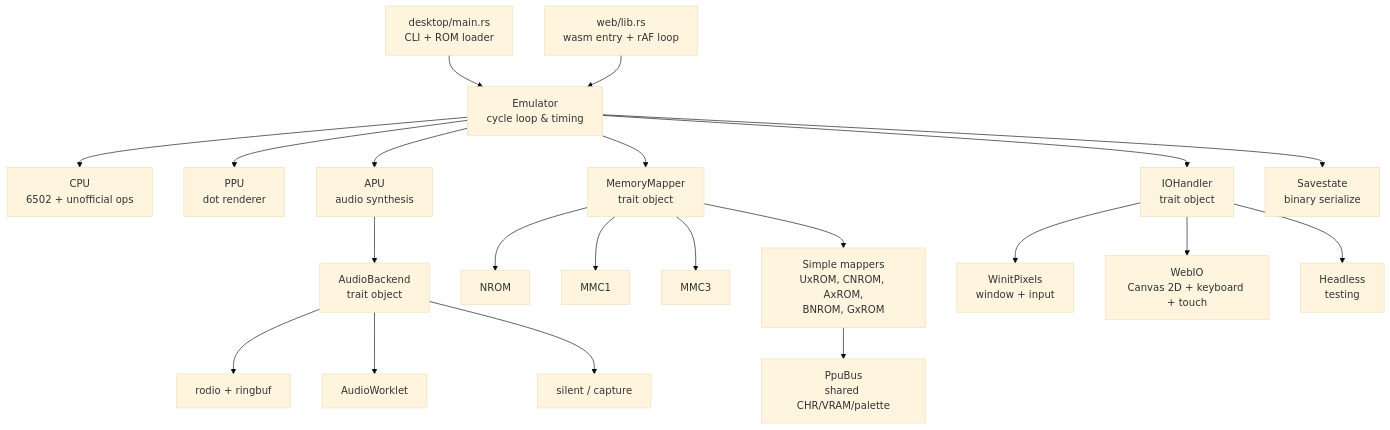
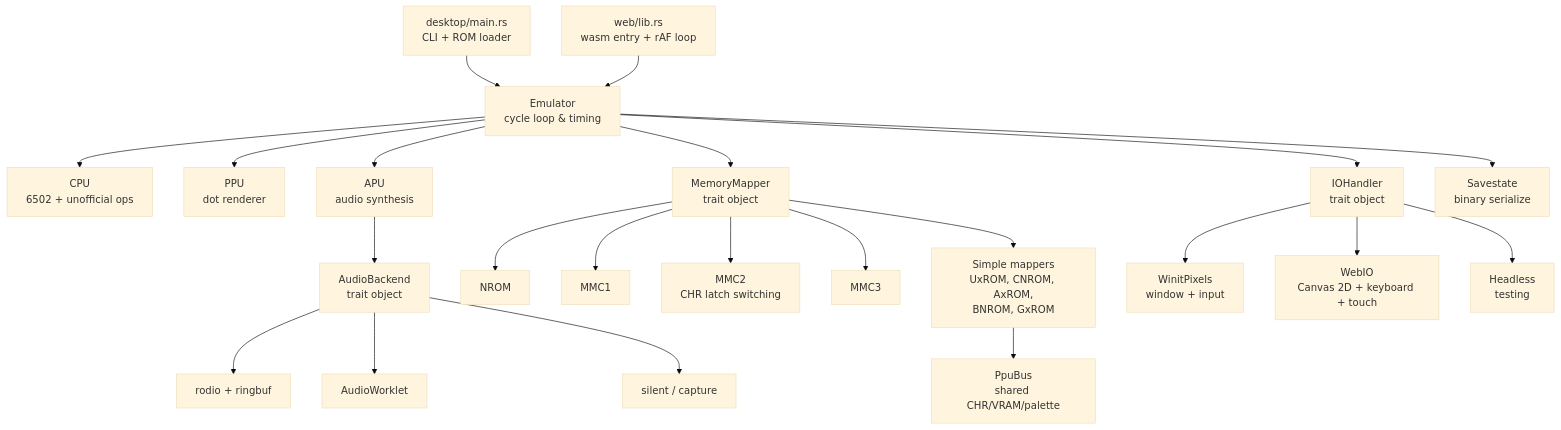
One commit to aastrand/krankulator changed the diagram in README.md. Above: the diagram before and after it, drawn with Mermaid (base theme). The commit also changed other lines of this file and 5 other files, not shown here.

````diff
--- a/README.md
+++ b/README.md
@@ -31,28 +31,29 @@
 ```mermaid
 graph TD
     Main["desktop/main.rs<br/>CLI + ROM loader"] --> Emu["Emulator<br/>cycle loop & timing"]
     Web["web/lib.rs<br/>wasm entry + rAF loop"] --> Emu
 
     Emu --> CPU["CPU<br/>6502 + unofficial ops"]
     Emu --> PPU["PPU<br/>dot renderer"]
     Emu --> APU["APU<br/>audio synthesis"]
     Emu --> Mem["MemoryMapper<br/>trait object"]
 
     Mem --> NROM
     Mem --> MMC1
+    Mem --> MMC2["MMC2<br/>CHR latch switching"]
     Mem --> MMC3
     Mem --> Simple["Simple mappers<br/>UxROM, CNROM, AxROM,<br/>BNROM, GxROM"]
     Simple --> PpuBus["PpuBus<br/>shared CHR/VRAM/palette"]
 
     Emu --> IO["IOHandler<br/>trait object"]
     IO --> Winit["WinitPixels<br/>window + input"]
     IO --> WebIO["WebIO<br/>Canvas 2D + keyboard + touch"]
     IO --> Headless["Headless<br/>testing"]
 
     APU --> Audio["AudioBackend<br/>trait object"]
     Audio --> Rodio["rodio + ringbuf"]
     Audio --> Worklet["AudioWorklet"]
     Audio --> Silent["silent / capture"]
 
     Emu --> SS["Savestate<br/>binary serialize"]
 ```
````
